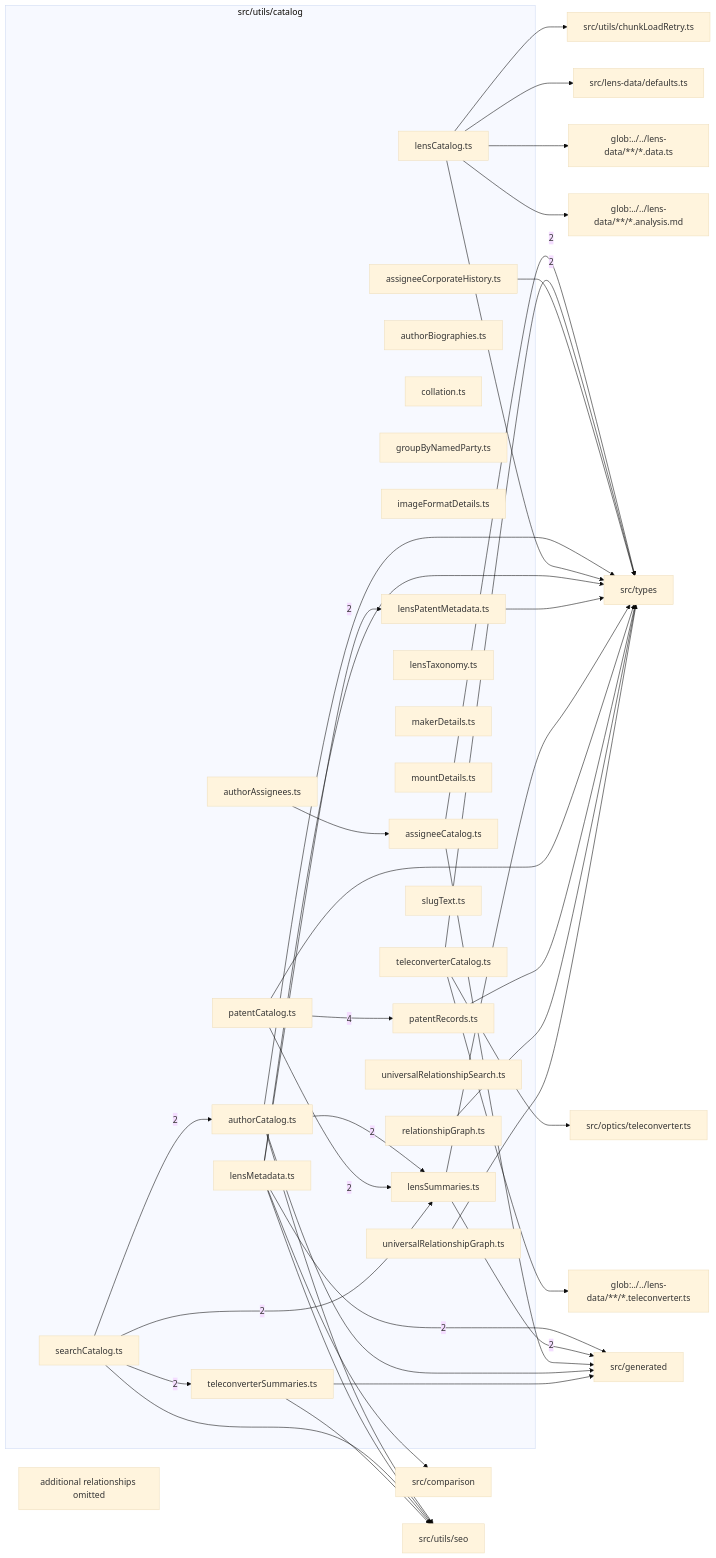
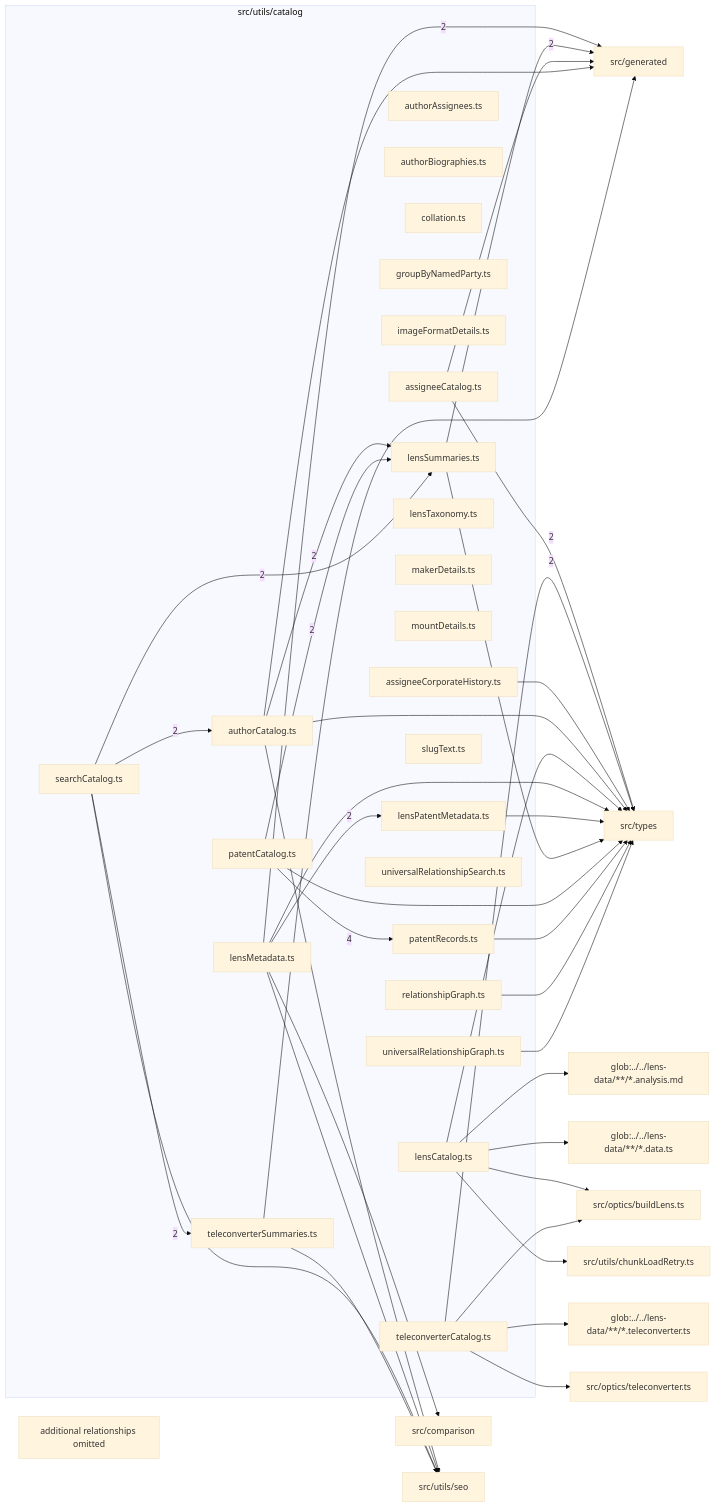
The diagram in src/utils/catalog/readme.md (BeamFour/LensVisualizer), drawn with Mermaid (base theme) before and after one commit. The commit also changed other lines of this file and 65 other files, not shown here.

````diff
--- a/src/utils/catalog/readme.md
+++ b/src/utils/catalog/readme.md
@@ -9,76 +9,76 @@
 ```mermaid
 flowchart LR
   subgraph n_src_utils_catalog["src/utils/catalog"]
     n_src_utils_catalog_src_utils_catalog_assigneeCatalog_ts["assigneeCatalog.ts"]
     n_src_utils_catalog_src_utils_catalog_assigneeCorporateHistory_ts["assigneeCorporateHistory.ts"]
     n_src_utils_catalog_src_utils_catalog_authorAssignees_ts["authorAssignees.ts"]
     n_src_utils_catalog_src_utils_catalog_authorBiographies_ts["authorBiographies.ts"]
     n_src_utils_catalog_src_utils_catalog_authorCatalog_ts["authorCatalog.ts"]
     n_src_utils_catalog_src_utils_catalog_collation_ts["collation.ts"]
     n_src_utils_catalog_src_utils_catalog_groupByNamedParty_ts["groupByNamedParty.ts"]
     n_src_utils_catalog_src_utils_catalog_imageFormatDetails_ts["imageFormatDetails.ts"]
     n_src_utils_catalog_src_utils_catalog_lensCatalog_ts["lensCatalog.ts"]
     n_src_utils_catalog_src_utils_catalog_lensMetadata_ts["lensMetadata.ts"]
     n_src_utils_catalog_src_utils_catalog_lensPatentMetadata_ts["lensPatentMetadata.ts"]
     n_src_utils_catalog_src_utils_catalog_lensSummaries_ts["lensSummaries.ts"]
     n_src_utils_catalog_src_utils_catalog_lensTaxonomy_ts["lensTaxonomy.ts"]
     n_src_utils_catalog_src_utils_catalog_makerDetails_ts["makerDetails.ts"]
     n_src_utils_catalog_src_utils_catalog_mountDetails_ts["mountDetails.ts"]
     n_src_utils_catalog_src_utils_catalog_patentCatalog_ts["patentCatalog.ts"]
     n_src_utils_catalog_src_utils_catalog_patentRecords_ts["patentRecords.ts"]
     n_src_utils_catalog_src_utils_catalog_relationshipGraph_ts["relationshipGraph.ts"]
     n_src_utils_catalog_src_utils_catalog_searchCatalog_ts["searchCatalog.ts"]
     n_src_utils_catalog_src_utils_catalog_slugText_ts["slugText.ts"]
     n_src_utils_catalog_src_utils_catalog_teleconverterCatalog_ts["teleconverterCatalog.ts"]
     n_src_utils_catalog_src_utils_catalog_teleconverterSummaries_ts["teleconverterSummaries.ts"]
     n_src_utils_catalog_src_utils_catalog_universalRelationshipGraph_ts["universalRelationshipGraph.ts"]
     n_src_utils_catalog_src_utils_catalog_universalRelationshipSearch_ts["universalRelationshipSearch.ts"]
   end
   n_external_src_generated["src/generated"]
   n_external_src_types["src/types"]
   n_external_glob_______lens_data______analysis_md["glob:../../lens-data/**/*.analysis.md"]
   n_external_glob_______lens_data______data_ts["glob:../../lens-data/**/*.data.ts"]
   n_external_glob_______lens_data______teleconverter_ts["glob:../../lens-data/**/*.teleconverter.ts"]
   n_external_src_comparison["src/comparison"]
-  n_external_src_lens_data_defaults_ts["src/lens-data/defaults.ts"]
+  n_external_src_optics_buildLens_ts["src/optics/buildLens.ts"]
   n_external_src_optics_teleconverter_ts["src/optics/teleconverter.ts"]
   n_external_src_utils_chunkLoadRetry_ts["src/utils/chunkLoadRetry.ts"]
   n_external_src_utils_seo["src/utils/seo"]
   n_src_utils_catalog_src_utils_catalog_patentCatalog_ts --> |4| n_src_utils_catalog_src_utils_catalog_patentRecords_ts
   n_src_utils_catalog_src_utils_catalog_lensMetadata_ts --> |2| n_external_src_generated
   n_src_utils_catalog_src_utils_catalog_lensSummaries_ts --> |2| n_external_src_generated
   n_src_utils_catalog_src_utils_catalog_assigneeCatalog_ts --> |2| n_external_src_types
   n_src_utils_catalog_src_utils_catalog_teleconverterCatalog_ts --> |2| n_external_src_types
   n_src_utils_catalog_src_utils_catalog_searchCatalog_ts --> |2| n_src_utils_catalog_src_utils_catalog_authorCatalog_ts
   n_src_utils_catalog_src_utils_catalog_lensMetadata_ts --> |2| n_src_utils_catalog_src_utils_catalog_lensPatentMetadata_ts
   n_src_utils_catalog_src_utils_catalog_authorCatalog_ts --> |2| n_src_utils_catalog_src_utils_catalog_lensSummaries_ts
   n_src_utils_catalog_src_utils_catalog_patentCatalog_ts --> |2| n_src_utils_catalog_src_utils_catalog_lensSummaries_ts
   n_src_utils_catalog_src_utils_catalog_searchCatalog_ts --> |2| n_src_utils_catalog_src_utils_catalog_lensSummaries_ts
   n_src_utils_catalog_src_utils_catalog_searchCatalog_ts --> |2| n_src_utils_catalog_src_utils_catalog_teleconverterSummaries_ts
   n_src_utils_catalog_src_utils_catalog_lensCatalog_ts --> n_external_glob_______lens_data______analysis_md
   n_src_utils_catalog_src_utils_catalog_lensCatalog_ts --> n_external_glob_______lens_data______data_ts
   n_src_utils_catalog_src_utils_catalog_teleconverterCatalog_ts --> n_external_glob_______lens_data______teleconverter_ts
   n_src_utils_catalog_src_utils_catalog_lensMetadata_ts --> n_external_src_comparison
   n_src_utils_catalog_src_utils_catalog_assigneeCatalog_ts --> n_external_src_generated
   n_src_utils_catalog_src_utils_catalog_authorCatalog_ts --> n_external_src_generated
   n_src_utils_catalog_src_utils_catalog_teleconverterSummaries_ts --> n_external_src_generated
-  n_src_utils_catalog_src_utils_catalog_lensCatalog_ts --> n_external_src_lens_data_defaults_ts
+  n_src_utils_catalog_src_utils_catalog_lensCatalog_ts --> n_external_src_optics_buildLens_ts
+  n_src_utils_catalog_src_utils_catalog_teleconverterCatalog_ts --> n_external_src_optics_buildLens_ts
   n_src_utils_catalog_src_utils_catalog_teleconverterCatalog_ts --> n_external_src_optics_teleconverter_ts
   n_src_utils_catalog_src_utils_catalog_assigneeCorporateHistory_ts --> n_external_src_types
   n_src_utils_catalog_src_utils_catalog_authorCatalog_ts --> n_external_src_types
   n_src_utils_catalog_src_utils_catalog_lensCatalog_ts --> n_external_src_types
   n_src_utils_catalog_src_utils_catalog_lensMetadata_ts --> n_external_src_types
   n_src_utils_catalog_src_utils_catalog_lensPatentMetadata_ts --> n_external_src_types
   n_src_utils_catalog_src_utils_catalog_lensSummaries_ts --> n_external_src_types
   n_src_utils_catalog_src_utils_catalog_patentCatalog_ts --> n_external_src_types
   n_src_utils_catalog_src_utils_catalog_patentRecords_ts --> n_external_src_types
   n_src_utils_catalog_src_utils_catalog_relationshipGraph_ts --> n_external_src_types
   n_src_utils_catalog_src_utils_catalog_universalRelationshipGraph_ts --> n_external_src_types
   n_src_utils_catalog_src_utils_catalog_lensCatalog_ts --> n_external_src_utils_chunkLoadRetry_ts
   n_src_utils_catalog_src_utils_catalog_authorCatalog_ts --> n_external_src_utils_seo
   n_src_utils_catalog_src_utils_catalog_lensMetadata_ts --> n_external_src_utils_seo
   n_src_utils_catalog_src_utils_catalog_searchCatalog_ts --> n_external_src_utils_seo
   n_src_utils_catalog_src_utils_catalog_teleconverterSummaries_ts --> n_external_src_utils_seo
-  n_src_utils_catalog_src_utils_catalog_authorAssignees_ts --> n_src_utils_catalog_src_utils_catalog_assigneeCatalog_ts
   n_src_utils_catalog_truncated["additional relationships omitted"]
 ```
````
